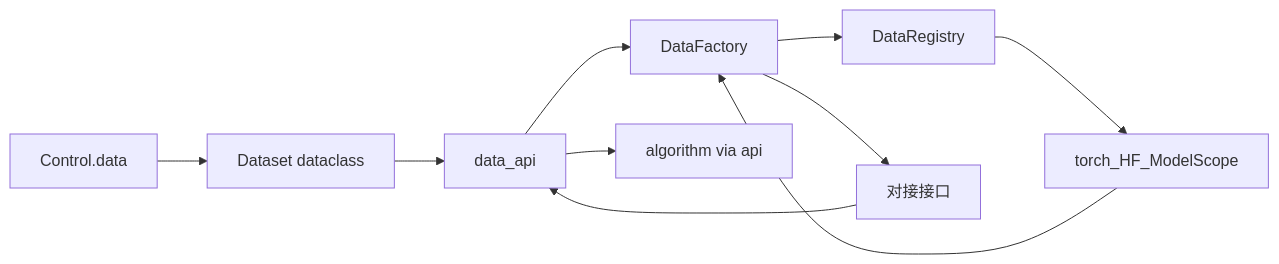
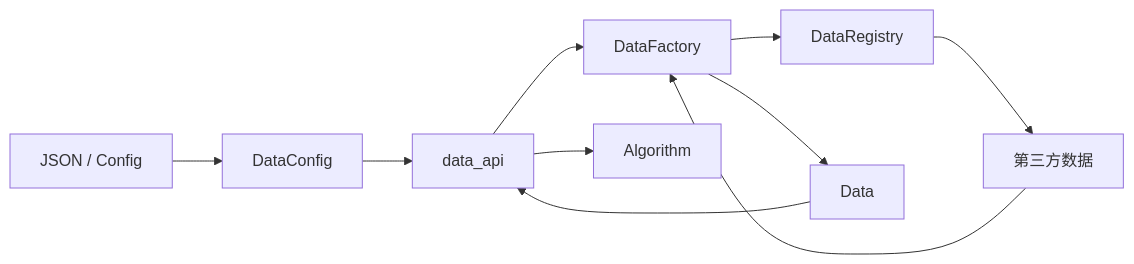
The first of 5 diagrams in docs/code_structure/structure.md (diaoenmao/RPipe), drawn with Mermaid before and after one commit. The commit also changed other lines of this file, not shown here.

First line of the commit message:
Document Structure layers with Config, path/config, and Control.

````diff
--- a/docs/code_structure/structure.md
+++ b/docs/code_structure/structure.md
@@ -219,21 +153,21 @@
 ```mermaid
 flowchart LR
-  cfg[Control.data]
-  ds[Dataset dataclass]
-  api[data_api]
-  factory[DataFactory]
-  registry[DataRegistry]
-  third[torch_HF_ModelScope]
-  port[对接接口]
-  algo[algorithm via api]
+  json["JSON / Config"]
+  cfg["DataConfig"]
+  api["data_api"]
+  factory["DataFactory"]
+  registry["DataRegistry"]
+  third["第三方数据"]
+  dataObj["Data"]
+  algo["Algorithm"]
 
-  cfg --> ds
-  ds --> api
+  json --> cfg
+  cfg --> api
   api --> factory
   factory --> registry
   registry --> third
   third --> factory
-  factory --> port
-  port --> api
+  factory --> dataObj
+  dataObj --> api
   api --> algo
 ```
````
